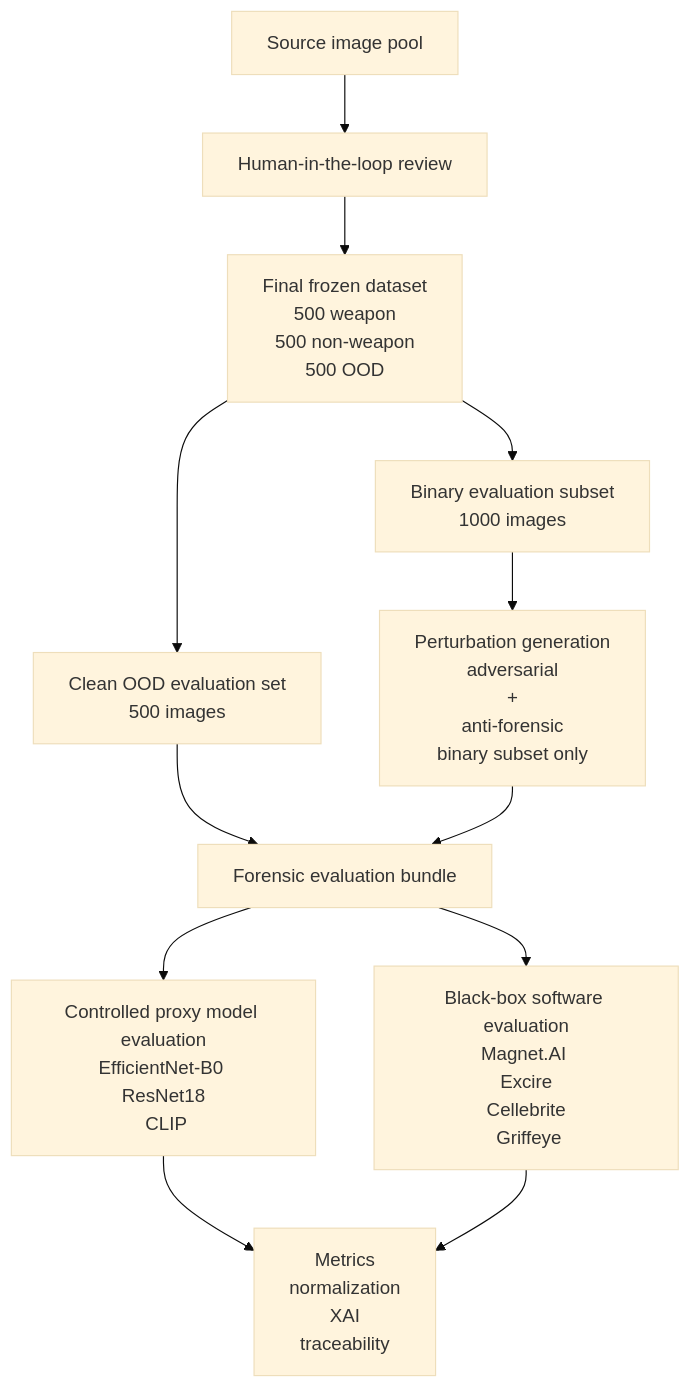
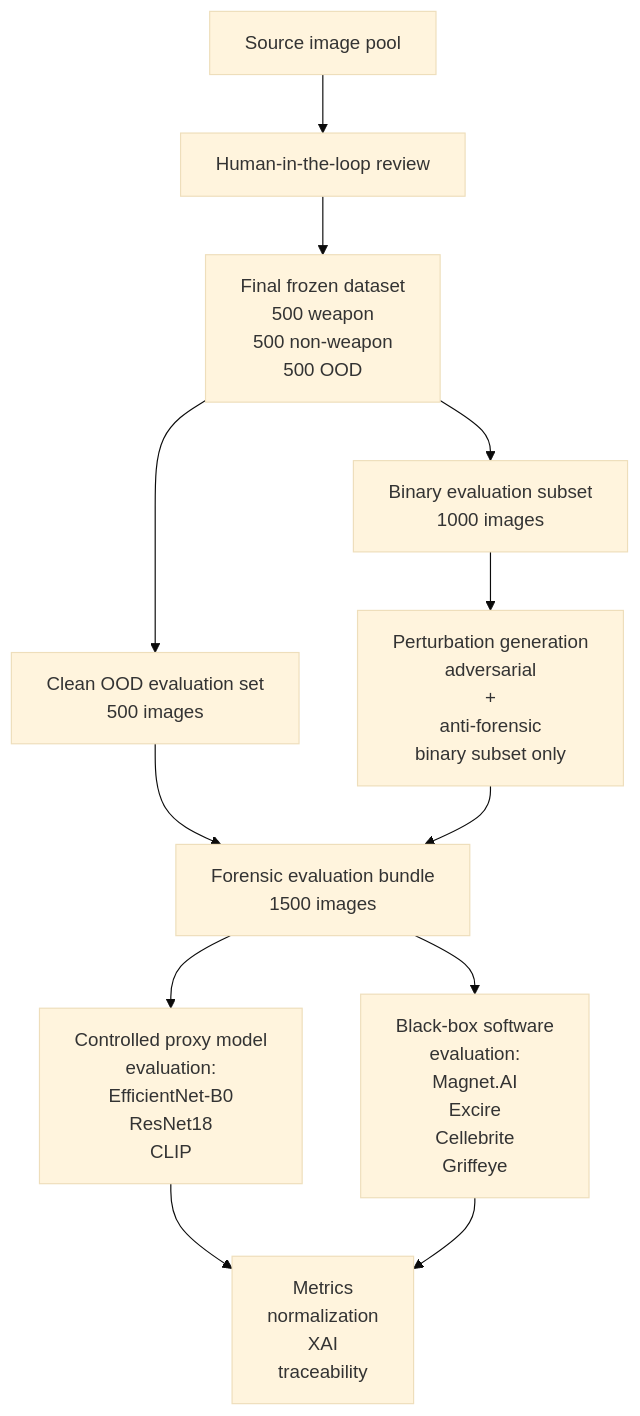
The diagram in README.md (lmolinario/msc-thesis-ai-robustness-in-digital-forensics), drawn with Mermaid (base theme) before and after one commit. The commit also changed other lines of this file, not shown here.

````diff
--- a/README.md
+++ b/README.md
@@ -93,29 +63,29 @@
 ```mermaid
 flowchart TD
     A[Source image pool]
     B[Human-in-the-loop review]
     C[Final frozen dataset<br/>500 weapon <br/> 500 non-weapon <br/> 500 OOD]
 
     D[Binary evaluation subset<br/>1000 images]
     E[Clean OOD evaluation set<br/>500 images]
 
     F[Perturbation generation<br/>adversarial <br/>+<br/> anti-forensic <br/> binary subset only]
 
-    G[Forensic evaluation bundle]
+    G[Forensic evaluation bundle <br/>1500 images]
 
-    H[Controlled proxy model evaluation<br/>EfficientNet-B0 <br/> ResNet18 <br/> CLIP]
-    I[Black-box software evaluation<br/>Magnet.AI <br/> Excire <br/> Cellebrite <br/> Griffeye]
+    H[Controlled proxy model<br/> evaluation:<br/>EfficientNet-B0 <br/> ResNet18 <br/> CLIP]
+    I[Black-box software<br/> evaluation:<br/>Magnet.AI <br/> Excire <br/> Cellebrite <br/> Griffeye]
 
     J[Metrics <br/> normalization <br/> XAI <br/> traceability]
 
     A --> B --> C
     C --> D
     C --> E
     D --> F
     E --> G
     F --> G
     G --> H
     G --> I
     H --> J
     I --> J
 ```
````
